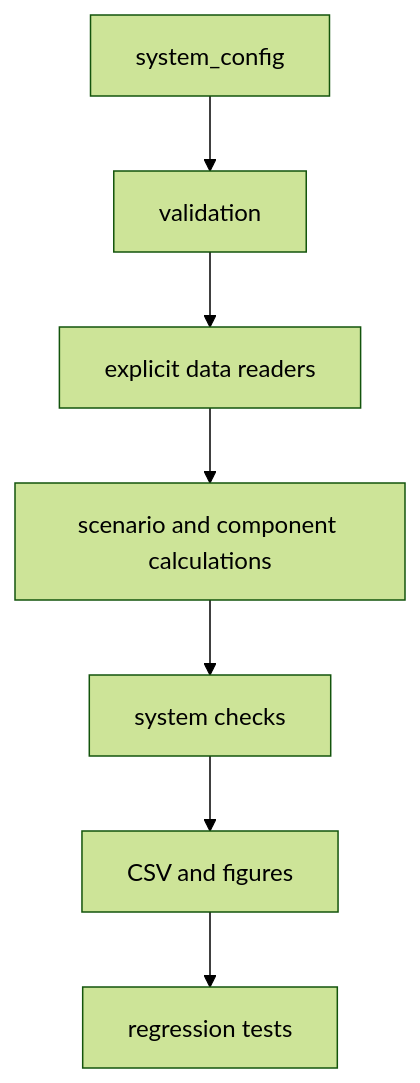
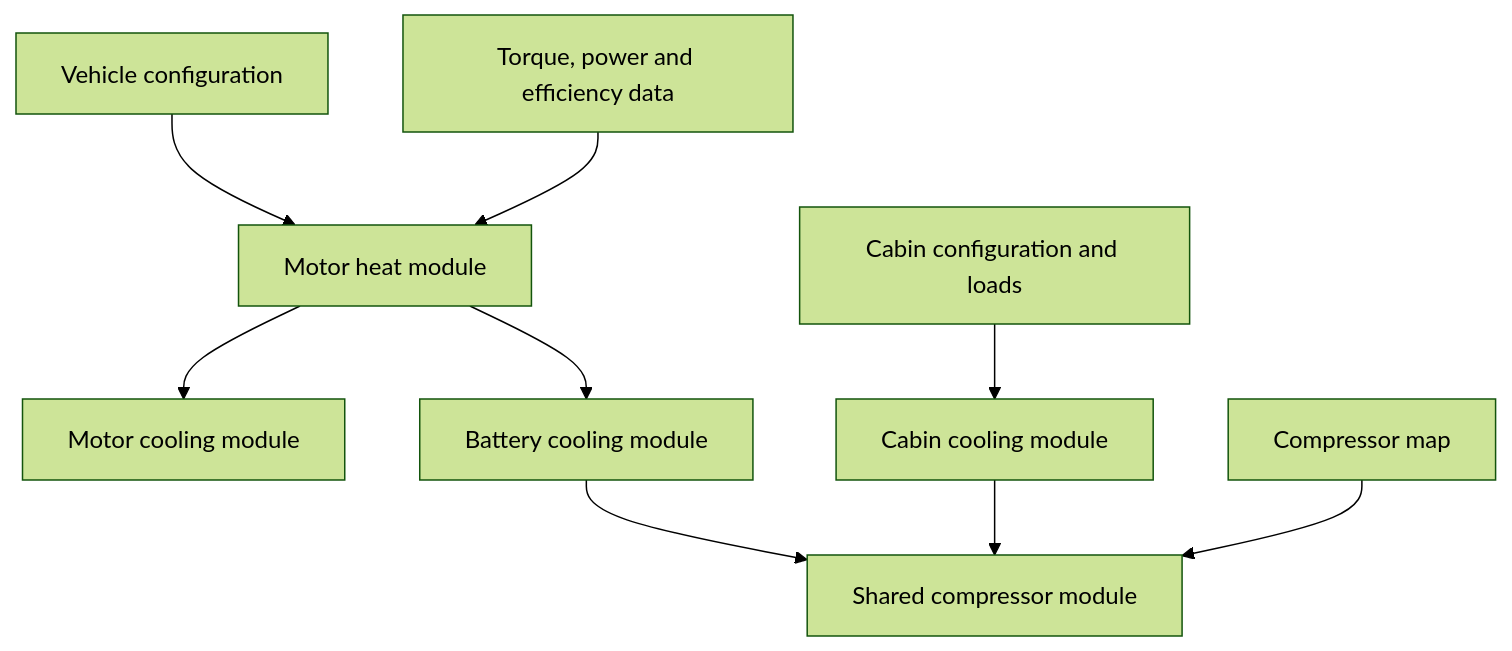
The first of 3 diagrams in docs/ARCHITECTURE.md (Hussnain-Al/ev-thermal-analysis-framework), drawn with Mermaid (forest theme) before and after one commit. The commit also changed other lines of this file and 59 other files, not shown here.

````diff
--- a/docs/ARCHITECTURE.md
+++ b/docs/ARCHITECTURE.md
@@ -5,9 +5,11 @@
 ```mermaid
 flowchart TD
-  A[system_config] --> B[validation]
-  B --> C[explicit data readers]
-  C --> D[scenario and component calculations]
-  D --> E[system checks]
-  E --> F[CSV and figures]
-  F --> G[regression tests]
+  A["Vehicle configuration"] --> B["Motor heat module"]
+  C["Torque, power and efficiency data"] --> B
+  B --> D["Motor cooling module"]
+  B --> E["Battery cooling module"]
+  F["Cabin configuration and loads"] --> G["Cabin cooling module"]
+  E --> H["Shared compressor module"]
+  G --> H
+  I["Compressor map"] --> H
 ```
````
